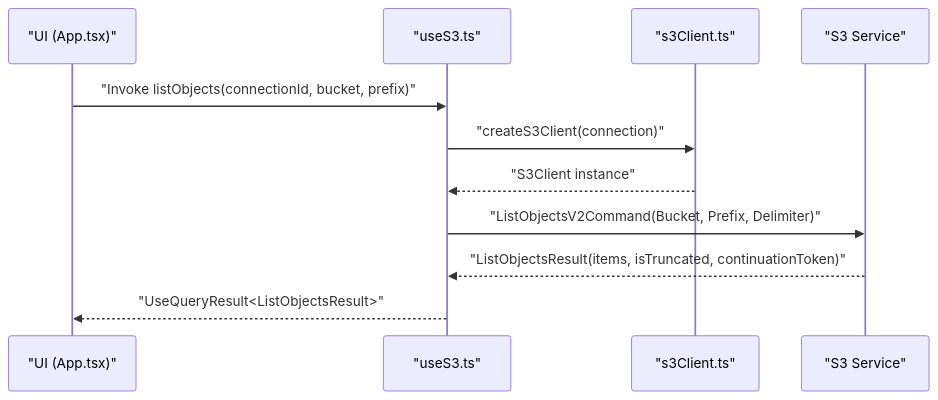
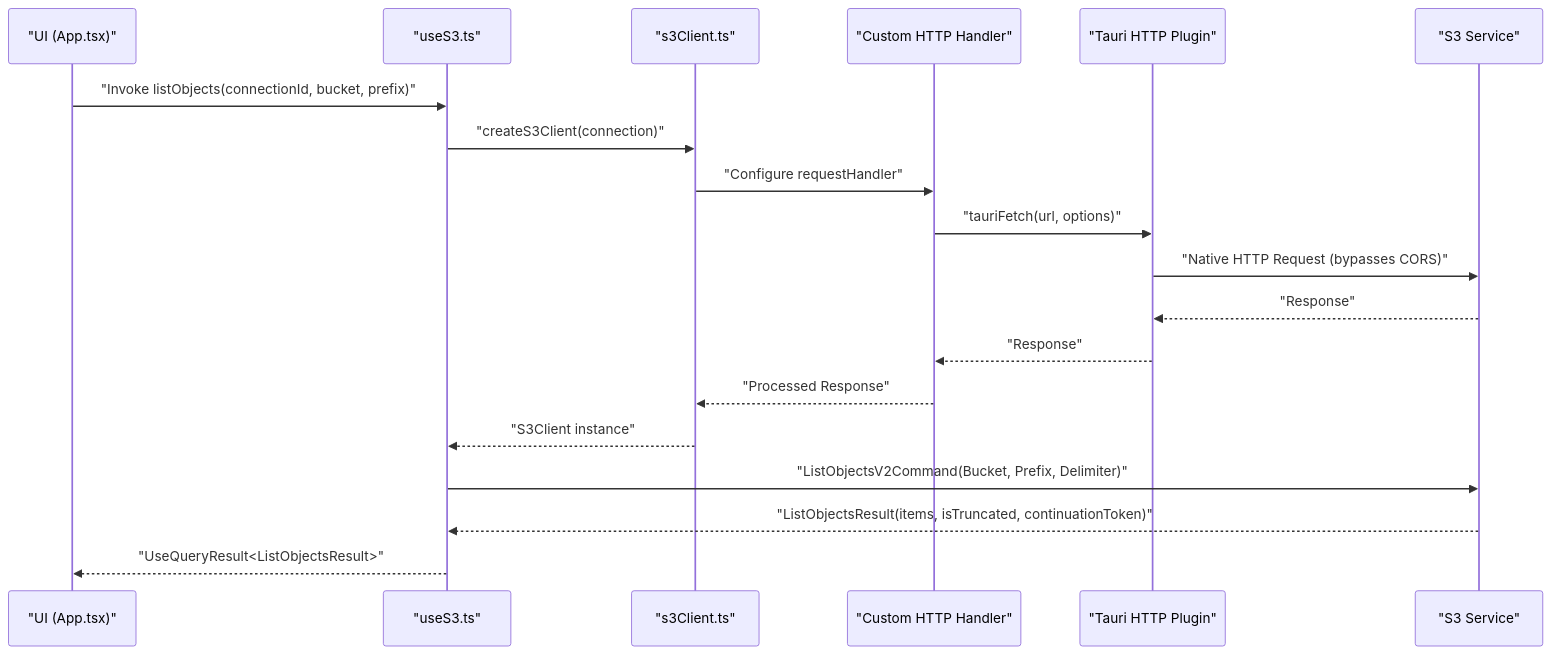
Before and after one commit to nasrulhadi/s3-explorer: the second of 10 diagrams in .qoder/repowiki/en/content/Technical Implementation/S3 Integration.md, drawn with Mermaid. The commit also changed other lines of this file and 26 other files, not shown here.

````diff
--- a/.qoder/repowiki/en/content/Technical Implementation/S3 Integration.md
+++ b/.qoder/repowiki/en/content/Technical Implementation/S3 Integration.md
@@ -112,13 +137,21 @@
 ```mermaid
 sequenceDiagram
 participant UI as "UI (App.tsx)"
 participant Hook as "useS3.ts"
 participant Factory as "s3Client.ts"
+participant Handler as "Custom HTTP Handler"
+participant Tauri as "Tauri HTTP Plugin"
 participant S3 as "S3 Service"
 UI->>Hook : "Invoke listObjects(connectionId, bucket, prefix)"
 Hook->>Factory : "createS3Client(connection)"
+Factory->>Handler : "Configure requestHandler"
+Handler->>Tauri : "tauriFetch(url, options)"
+Tauri->>S3 : "Native HTTP Request (bypasses CORS)"
+S3-->>Tauri : "Response"
+Tauri-->>Handler : "Response"
+Handler-->>Factory : "Processed Response"
 Factory-->>Hook : "S3Client instance"
 Hook->>S3 : "ListObjectsV2Command(Bucket, Prefix, Delimiter)"
 S3-->>Hook : "ListObjectsResult(items, isTruncated, continuationToken)"
 Hook-->>UI : "UseQueryResult<ListObjectsResult>"
 ```
````
